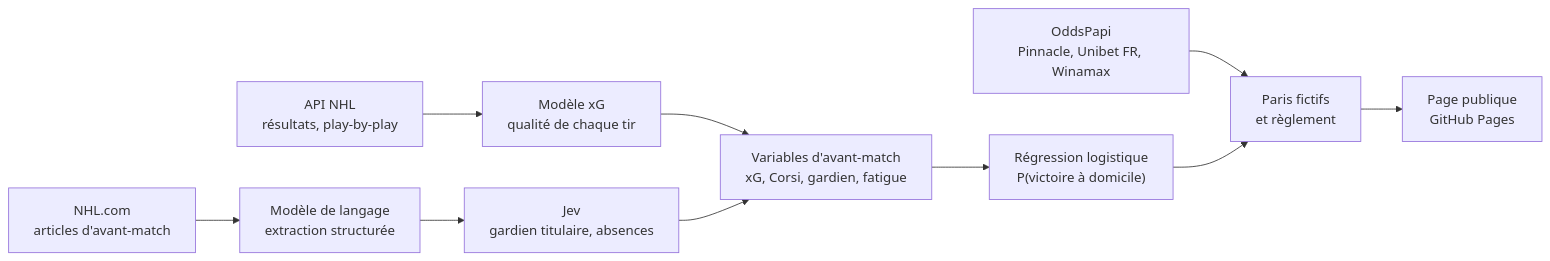
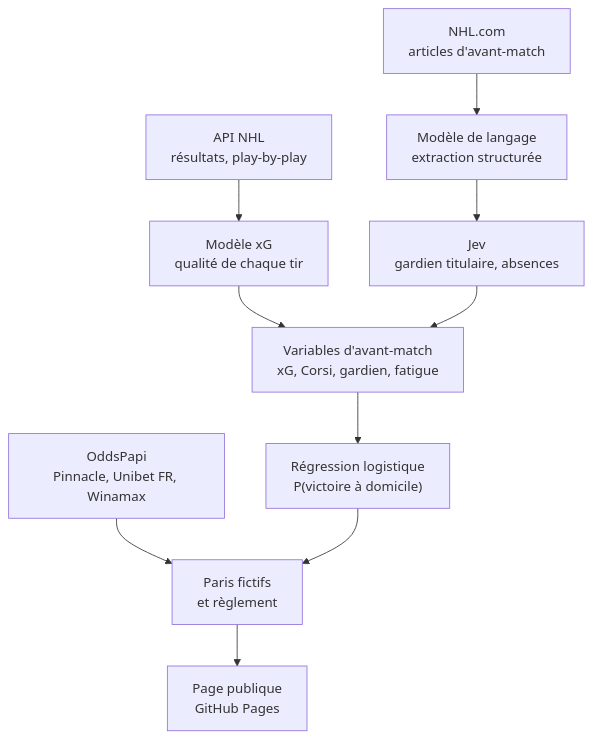
The diagram in README.md (CR0ZER/NHL-Predictor), drawn with Mermaid before and after one commit.

Commit message:
README : schéma de la chaîne en vertical, lisible dans la colonne GitHub

````diff
--- a/README.md
+++ b/README.md
@@ -37,12 +37,12 @@
 ```mermaid
-flowchart LR
+flowchart TD
     A["API NHL<br/>résultats, play-by-play"] --> B["Modèle xG<br/>qualité de chaque tir"]
     B --> C["Variables d'avant-match<br/>xG, Corsi, gardien, fatigue"]
     D["NHL.com<br/>articles d'avant-match"] --> E["Modèle de langage<br/>extraction structurée"]
     E --> F["Jev<br/>gardien titulaire, absences"]
     F --> C
     C --> G["Régression logistique<br/>P(victoire à domicile)"]
     H["OddsPapi<br/>Pinnacle, Unibet FR, Winamax"] --> I["Paris fictifs<br/>et règlement"]
     G --> I
     I --> J["Page publique<br/>GitHub Pages"]
 ```
````
